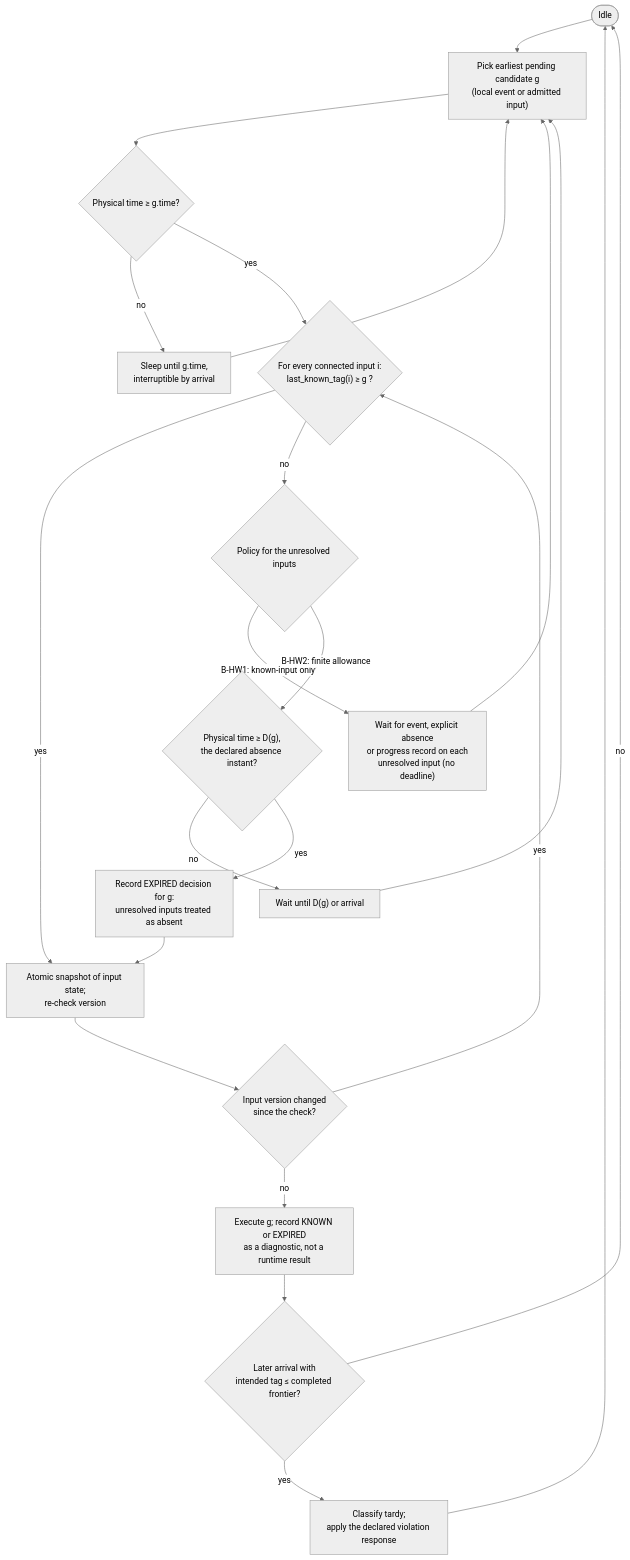
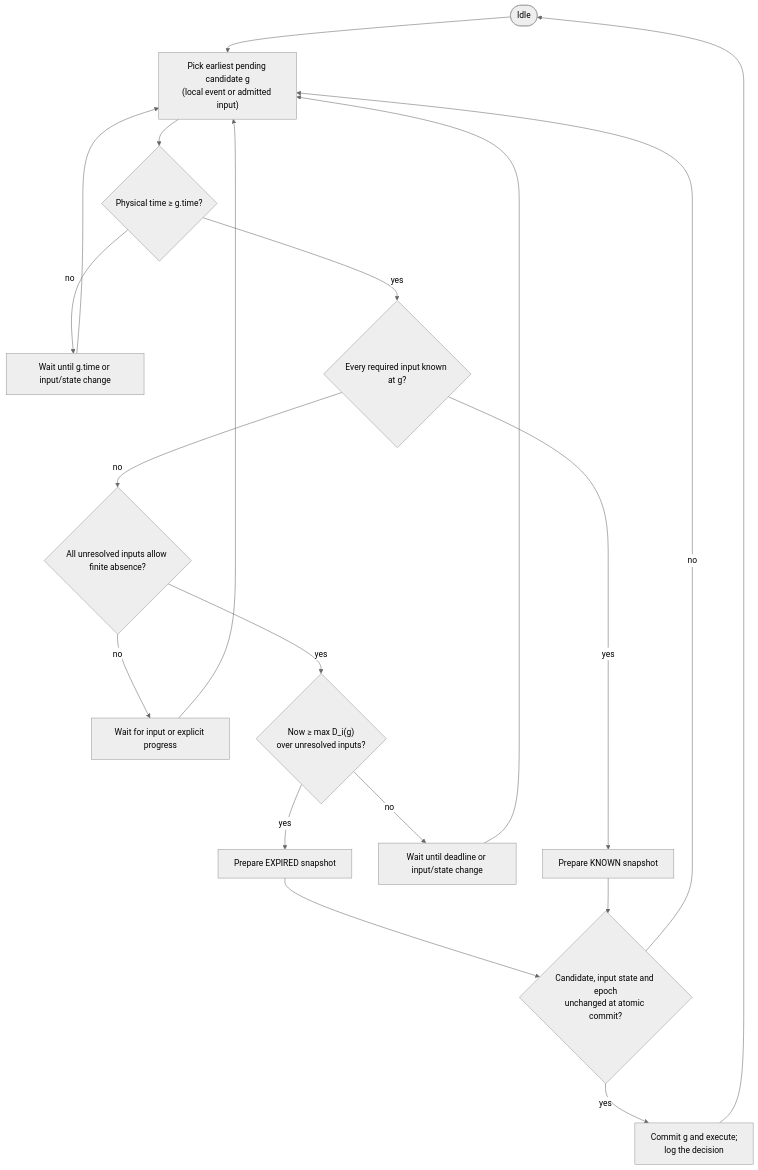
One commit to perkusic/lingua-franca-docs changed the fourth of 5 diagrams in program/lf_hardware_coordination_project_definition.md. Above: the diagram before and after it, drawn with Mermaid (neutral theme). The commit also changed other lines of this file, not shown here.

````diff
--- a/program/lf_hardware_coordination_project_definition.md
+++ b/program/lf_hardware_coordination_project_definition.md
@@ -294,20 +355,18 @@
 ```mermaid
 flowchart TD
   S2([Idle]) --> P["Pick earliest pending candidate g<br/>(local event or admitted input)"]
   P --> PT{"Physical time ≥ g.time?"}
-  PT -- no --> SL["Sleep until g.time,<br/>interruptible by arrival"] --> P
-  PT -- yes --> K{"For every connected input i:<br/>last_known_tag(i) ≥ g ?"}
-  K -- yes --> SNAP["Atomic snapshot of input state;<br/>re-check version"]
-  K -- no --> POL{"Policy for the unresolved inputs"}
-  POL -- "B-HW1: known-input only" --> WK["Wait for event, explicit absence<br/>or progress record on each<br/>unresolved input (no deadline)"] --> P
-  POL -- "B-HW2: finite allowance" --> DL{"Physical time ≥ D(g),<br/>the declared absence instant?"}
-  DL -- no --> WD["Wait until D(g) or arrival"] --> P
-  DL -- yes --> ABS["Record EXPIRED decision for g:<br/>unresolved inputs treated as absent"] --> SNAP
-  SNAP --> V{"Input version changed<br/>since the check?"}
-  V -- yes --> K
-  V -- no --> EX["Execute g; record KNOWN or EXPIRED<br/>as a diagnostic, not a runtime result"]
-  EX --> LT{"Later arrival with<br/>intended tag ≤ completed frontier?"}
-  LT -- yes --> TDY["Classify tardy;<br/>apply the declared violation response"]
-  LT -- no --> S2
-  TDY --> S2
+  PT -- no --> SL["Wait until g.time or input/state change"] --> P
+  PT -- yes --> K{"Every required input known at g?"}
+  K -- yes --> SNAP["Prepare KNOWN snapshot"]
+  K -- no --> POL{"All unresolved inputs allow finite absence?"}
+  POL -- no --> WK["Wait for input or explicit progress"] --> P
+  POL -- yes --> DL{"Now ≥ max D_i(g)<br/>over unresolved inputs?"}
+  DL -- no --> WD["Wait until deadline or input/state change"] --> P
+  DL -- yes --> ABS["Prepare EXPIRED snapshot"]
+  ABS --> COMMIT{"Candidate, input state and epoch<br/>unchanged at atomic commit?"}
+  SNAP --> COMMIT
+  COMMIT -- no --> P
+  COMMIT -- yes --> EX["Commit g and execute;<br/>log the decision"]
+  EX --> S2
 ```
````
